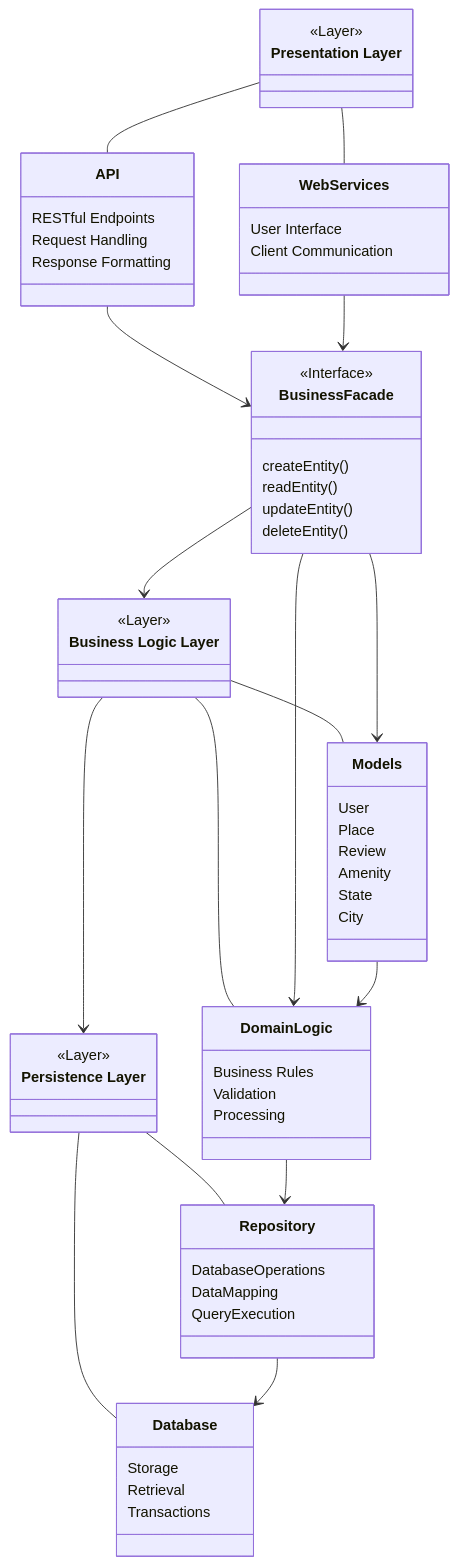
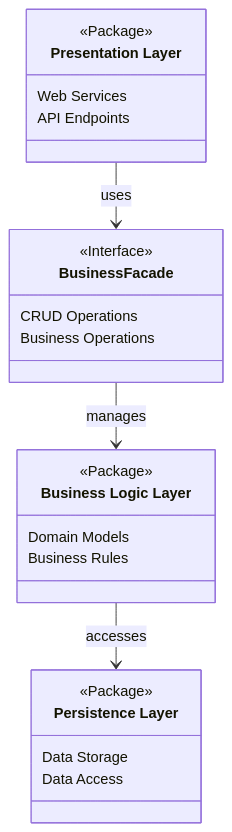
One commit to neodwin/holbertonschool-hbnb changed the diagram in Project-1/task-0.md. Above: the diagram before and after it, drawn with Mermaid. The commit also changed other lines of this file, not shown here.

Commit message:
Update high level diagram

````diff
--- a/Project-1/task-0.md
+++ b/Project-1/task-0.md
@@ -1,83 +9,31 @@
 ```mermaid
 classDiagram
-    %% Facade Pattern (declared first to influence layout)
+    %% Main Layers
+    class PresentationLayer["Presentation Layer"] {
+        <<Package>>
+        Web Services
+        API Endpoints
+    }
+    class BusinessLogicLayer["Business Logic Layer"] {
+        <<Package>>
+        Domain Models
+        Business Rules
+    }
+    class PersistenceLayer["Persistence Layer"] {
+        <<Package>>
+        Data Storage
+        Data Access
+    }
+
+    %% Facade
     class BusinessFacade {
         <<Interface>>
-        createEntity()
-        readEntity()
-        updateEntity()
-        deleteEntity()
+        CRUD Operations
+        Business Operations
     }
 
-    %% Layers as containers
-    class PresentationLayer["Presentation Layer"] {
-        <<Layer>>
-    }
-    class BusinessLogicLayer["Business Logic Layer"] {
-        <<Layer>>
-    }
-    class PersistenceLayer["Persistence Layer"] {
-        <<Layer>>
-    }
-
-    %% Components in Presentation Layer
-    class API {
-        RESTful Endpoints
-        Request Handling
-        Response Formatting
-    }
-    class WebServices {
-        User Interface
-        Client Communication
-    }
-
-    %% Components in Business Logic Layer
-    class Models {
-        User
-        Place
-        Review
-        Amenity
-        State
-        City
-    }
-    class DomainLogic {
-        Business Rules
-        Validation
-        Processing
-    }
-
-    %% Components in Persistence Layer
-    class Repository {
-        DatabaseOperations
-        DataMapping
-        QueryExecution
-    }
-    class Database {
-        Storage
-        Retrieval
-        Transactions
-    }
-
-    %% Relationships to influence layout
-    BusinessFacade --> BusinessLogicLayer
-    BusinessLogicLayer --> PersistenceLayer
-
-    %% Layer composition
-    PresentationLayer -- API
-    PresentationLayer -- WebServices
-    BusinessLogicLayer -- Models
-    BusinessLogicLayer -- DomainLogic
-    PersistenceLayer -- Repository
-    PersistenceLayer -- Database
-
-    %% Facade relationships
-    API --> BusinessFacade
-    WebServices --> BusinessFacade
-    BusinessFacade --> Models
-    BusinessFacade --> DomainLogic
-    DomainLogic --> Repository
-    Repository --> Database
-
-    %% Additional relationships
-    Models --> DomainLogic
+    %% Relationships
+    PresentationLayer --> BusinessFacade : uses
+    BusinessFacade --> BusinessLogicLayer : manages
+    BusinessLogicLayer --> PersistenceLayer : accesses
 ```
````
